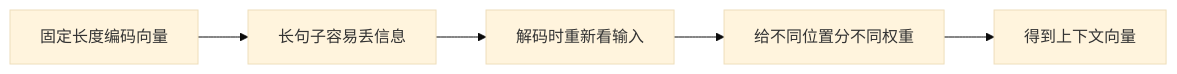
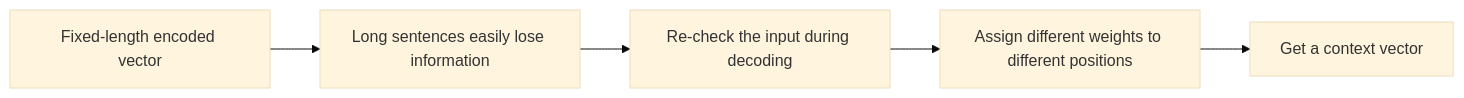
The diagram in docs/ch11-nlp/ch05-seq2seq/02-attention-in-nlp.md (oudbiao/AI-fullstack-course), drawn with Mermaid (base theme) before and after one commit. The commit also changed other lines of this file and 1406 other files, not shown here.

````diff
--- a/docs/ch11-nlp/ch05-seq2seq/02-attention-in-nlp.md
+++ b/docs/ch11-nlp/ch05-seq2seq/02-attention-in-nlp.md
@@ -35,7 +35,7 @@
 ```mermaid
 flowchart LR
-    A["固定长度编码向量"] --> B["长句子容易丢信息"]
-    B --> C["解码时重新看输入"]
-    C --> D["给不同位置分不同权重"]
-    D --> E["得到上下文向量"]
+    A["Fixed-length encoded vector"] --> B["Long sentences easily lose information"]
+    B --> C["Re-check the input during decoding"]
+    C --> D["Assign different weights to different positions"]
+    D --> E["Get a context vector"]
 ```
````
